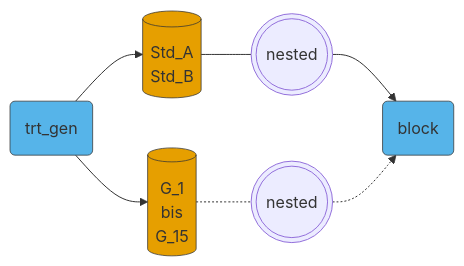
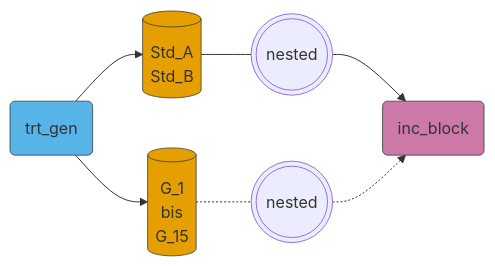
One commit to jkruppa/jkruppa.github.io changed the fourth of 4 diagrams in experimental-design-basic.qmd. Above: the diagram before and after it, drawn with Mermaid. The commit also changed other lines of this file and 133 other files, not shown here.

````diff
--- a/experimental-design-basic.qmd
+++ b/experimental-design-basic.qmd
@@ -623,14 +624,15 @@
 ```{mermaid}
 %%| label: fig-mermaid-basic-aug
 %%| fig-width: 6
 %%| fig-cap: "Schematische Darstellung der Abhängigkeitsstruktur im *augmened design*. Eine Auswahl der Level der genetischen Linien werden zufällig auf *incomplete blocks* aufgeteilt. Die Standardbedingungen werden vollständig jedem Block zugeordnet."
 flowchart LR
     A(trt_gen):::factor --> B & D
     B[("Std_A 
-        Std_B")]:::level --- C(((nested))) --> F(block):::factor
+        Std_B")]:::level --- C(((nested))) --> F(inc_block):::inc_block
     D[("G_1
         bis
         G_15")]:::level -.- E(((nested))) -.-> F
     classDef factor fill:#56B4E9,stroke:#333,stroke-width:0.75px
     classDef level fill:#E69F00,stroke:#333,stroke-width:0.75px
+    classDef inc_block fill:#CC79A7,stroke:#333,stroke-width:0.75px
 ```
````
